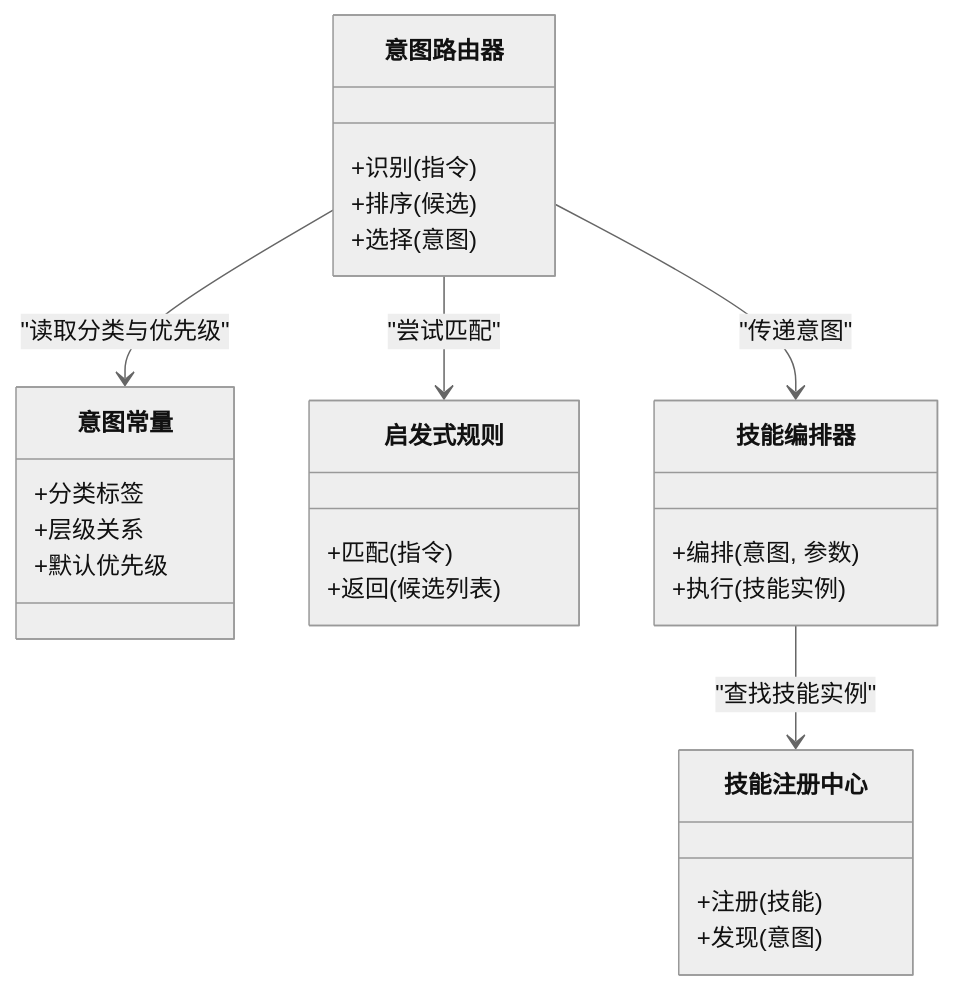
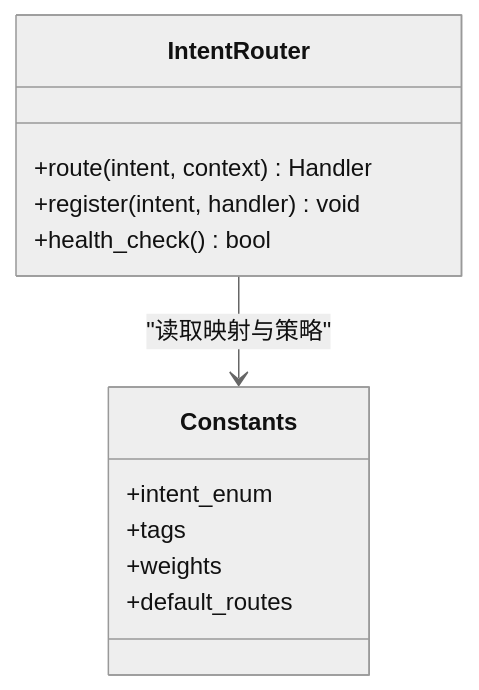
One commit to zmdhdu/NexusCockpit changed the fifth of 7 diagrams in .qoder/repowiki/zh/content/核心模块设计/AI Agent系统/意图识别与路由/意图常量定义.md. Above: the diagram before and after it, drawn with Mermaid (neutral theme). The commit also changed other lines of this file and 23 other files, not shown here.

````diff
--- a/.qoder/repowiki/zh/content/核心模块设计/AI Agent系统/意图识别与路由/意图常量定义.md
+++ b/.qoder/repowiki/zh/content/核心模块设计/AI Agent系统/意图识别与路由/意图常量定义.md
@@ -205,29 +194,15 @@
 ```mermaid
 classDiagram
-class 意图常量 {
-+分类标签
-+层级关系
-+默认优先级
+class IntentRouter {
++route(intent, context) Handler
++register(intent, handler) void
++health_check() bool
 }
-class 意图路由器 {
-+识别(指令)
-+排序(候选)
-+选择(意图)
+class Constants {
++intent_enum
++tags
++weights
++default_routes
 }
-class 启发式规则 {
-+匹配(指令)
-+返回(候选列表)
-}
-class 技能编排器 {
-+编排(意图, 参数)
-+执行(技能实例)
-}
-class 技能注册中心 {
-+注册(技能)
-+发现(意图)
-}
-意图路由器 --> 意图常量 : "读取分类与优先级"
-意图路由器 --> 启发式规则 : "尝试匹配"
-意图路由器 --> 技能编排器 : "传递意图"
-技能编排器 --> 技能注册中心 : "查找技能实例"
+IntentRouter --> Constants : "读取映射与策略"
 ```
````
